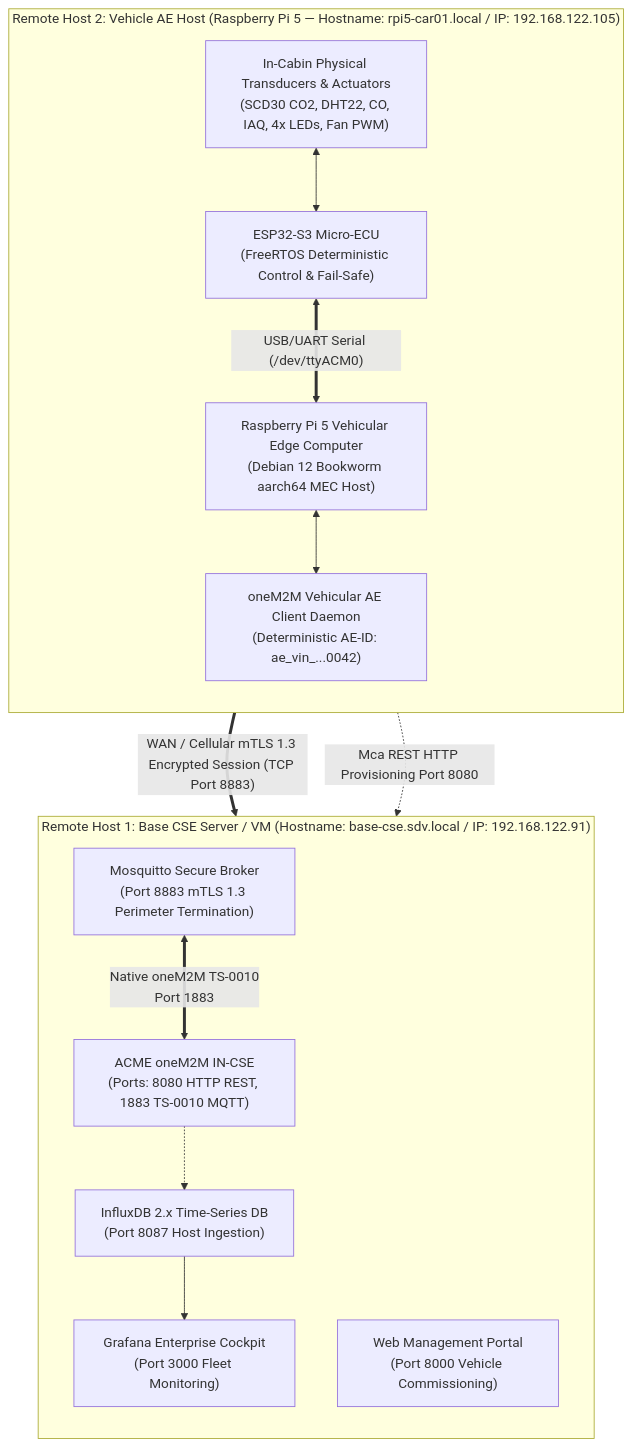
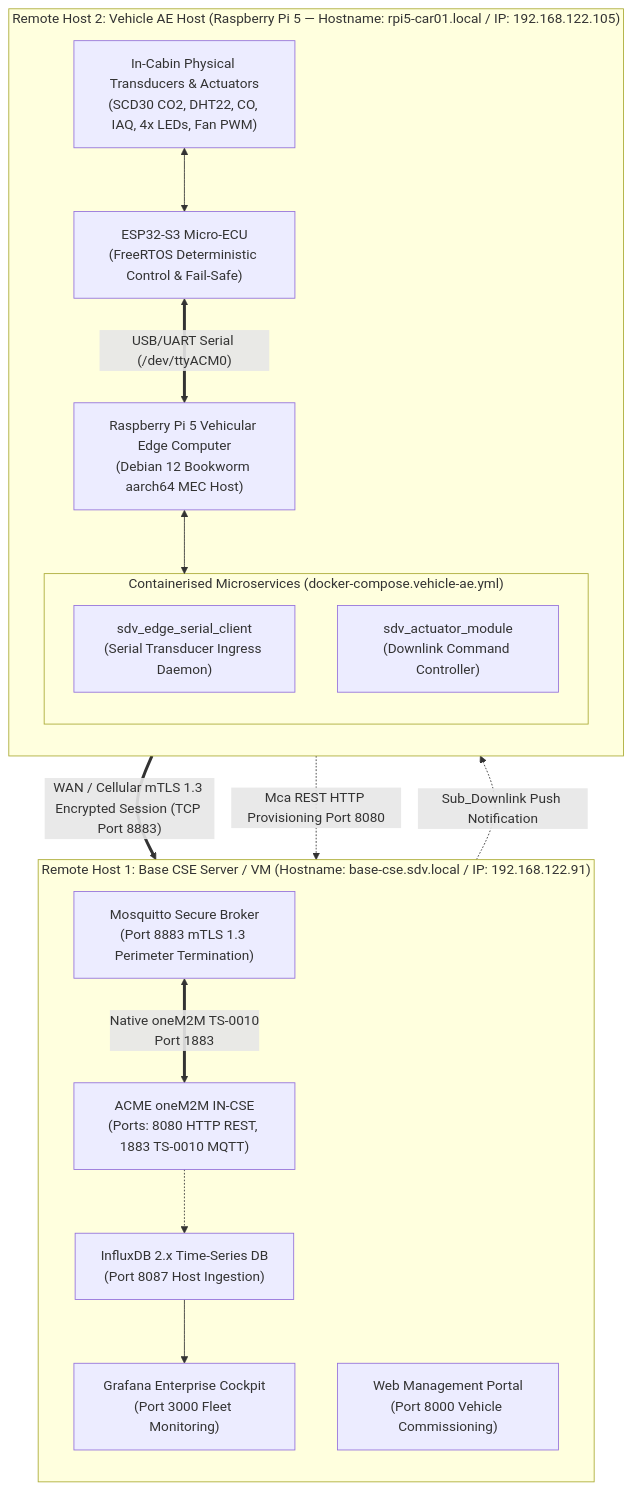
The third of 3 diagrams in docs/architecture/modular_system_design_specification.md (imosudi/HVAC-iot-monitoring), drawn with Mermaid before and after one commit. The commit also changed other lines of this file and 6 other files, not shown here.

Commit message:
refactor(orchestrator): standardise interactive menu and update architectural documentation

````diff
--- a/docs/architecture/modular_system_design_specification.md
+++ b/docs/architecture/modular_system_design_specification.md
@@ -361,27 +362,31 @@
 ```mermaid
 flowchart TB
     subgraph Remote_Host_1 ["Remote Host 1: Base CSE Server / VM (Hostname: base-cse.sdv.local / IP: 192.168.122.91)"]
         direction TB
         CSE_R["ACME oneM2M IN-CSE<br/>(Ports: 8080 HTTP REST, 1883 TS-0010 MQTT)"]
         MOSQ_R["Mosquitto Secure Broker<br/>(Port 8883 mTLS 1.3 Perimeter Termination)"]
         TSDB_R["InfluxDB 2.x Time-Series DB<br/>(Port 8087 Host Ingestion)"]
         DASH_R["Grafana Enterprise Cockpit<br/>(Port 3000 Fleet Monitoring)"]
         PORTAL_R["Web Management Portal<br/>(Port 8000 Vehicle Commissioning)"]
         
         MOSQ_R <== "Native oneM2M TS-0010<br/>Port 1883" ==> CSE_R
         CSE_R -.-> TSDB_R --> DASH_R
     end
 
     subgraph Remote_Host_2 ["Remote Host 2: Vehicle AE Host (Raspberry Pi 5 — Hostname: rpi5-car01.local / IP: 192.168.122.105)"]
         direction TB
         INSTR["In-Cabin Physical Transducers & Actuators<br/>(SCD30 CO2, DHT22, CO, IAQ, 4x LEDs, Fan PWM)"]
         MCU["ESP32-S3 Micro-ECU<br/>(FreeRTOS Deterministic Control & Fail-Safe)"]
         RPI["Raspberry Pi 5 Vehicular Edge Computer<br/>(Debian 12 Bookworm aarch64 MEC Host)"]
-        AE_DAEMON["oneM2M Vehicular AE Client Daemon<br/>(Deterministic AE-ID: ae_vin_...0042)"]
+        subgraph V_CONTAINERS ["Containerised Microservices (docker-compose.vehicle-ae.yml)"]
+            EDGE_CLIENT["sdv_edge_serial_client<br/>(Serial Transducer Ingress Daemon)"]
+            ACT_MODULE["sdv_actuator_module<br/>(Downlink Command Controller)"]
+        end
         
-        INSTR <--> MCU <== "USB/UART Serial (/dev/ttyACM0)" ==> RPI <--> AE_DAEMON
+        INSTR <--> MCU <== "USB/UART Serial (/dev/ttyACM0)" ==> RPI <--> V_CONTAINERS
     end
 
-    AE_DAEMON == "WAN / Cellular mTLS 1.3 Encrypted Session (TCP Port 8883)" ==> MOSQ_R
-    AE_DAEMON -.->|"Mca REST HTTP Provisioning Port 8080"| CSE_R
+    EDGE_CLIENT == "WAN / Cellular mTLS 1.3 Encrypted Session (TCP Port 8883)" ==> MOSQ_R
+    EDGE_CLIENT -.->|"Mca REST HTTP Provisioning Port 8080"| CSE_R
+    MOSQ_R -.->|"Sub_Downlink Push Notification"| ACT_MODULE
 ```
````
